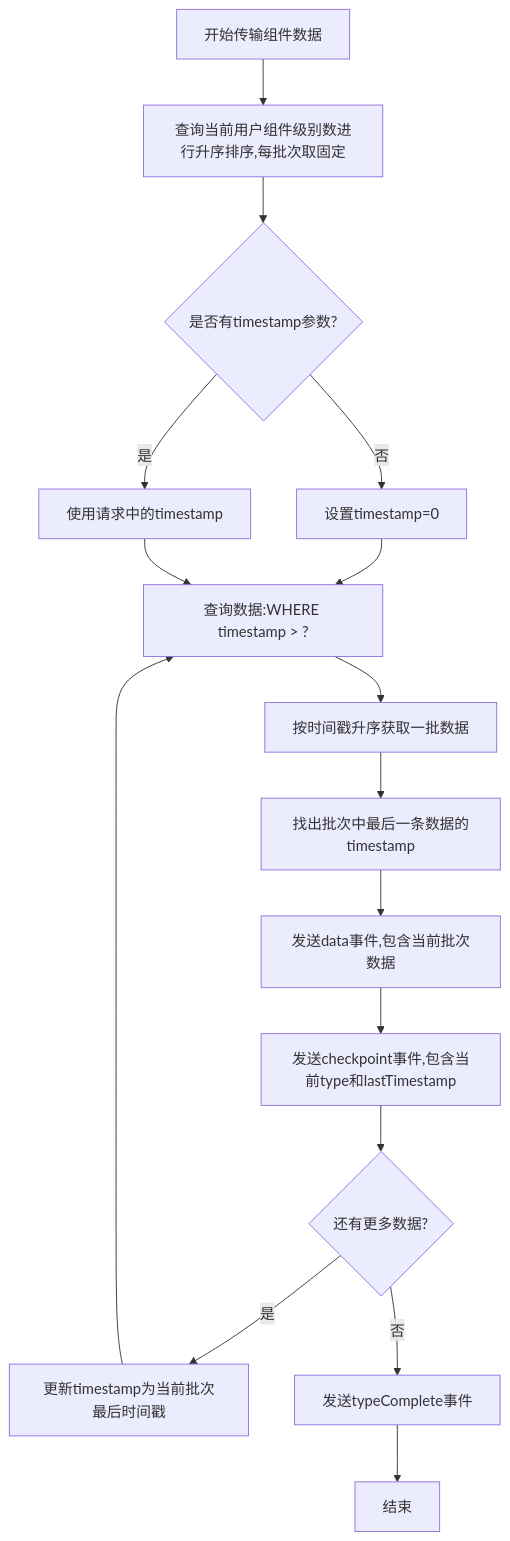
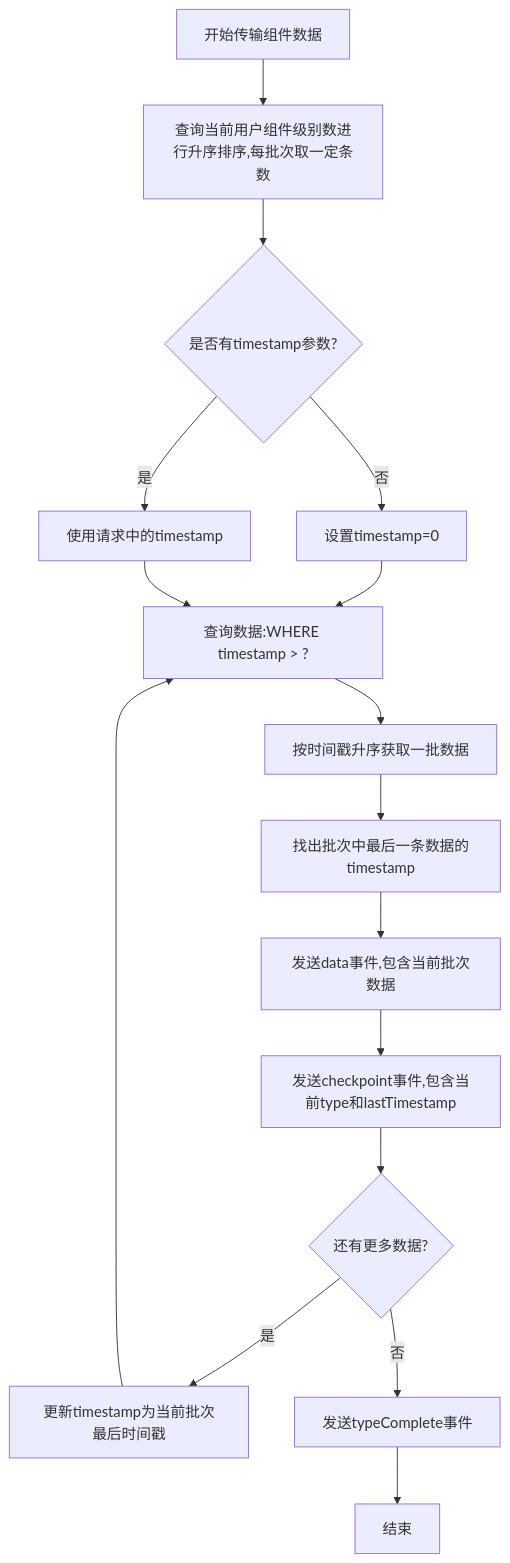
One commit to yingjianzh/iodraw-files changed the diagram in all/未命名-59.md. Above: the diagram before and after it, drawn with Mermaid.

Commit message:
2025-05-14 15:23:23 update

````diff
--- a/all/未命名-59.md
+++ b/all/未命名-59.md
@@ -1,24 +1,25 @@
 ```mermaid
 flowchart TD
-    A[开始传输组件数据] --> B[查询当前用户组件级别数进行升序排序,每批次取固定]
+    A[开始传输组件数据] --> B[查询当前用户组件级别数进行升序排序,每批次取一定条数]
+    
     
     B --> C{是否有timestamp参数?}
     C -->|否| D[设置timestamp=0]
     C -->|是| E[使用请求中的timestamp]
     
     D --> F[查询数据:WHERE timestamp > ?]
     E --> F
     
     F --> G[按时间戳升序获取一批数据]
     G --> H[找出批次中最后一条数据的timestamp]
     
     H --> I[发送data事件,包含当前批次数据]
     I --> J[发送checkpoint事件,包含当前type和lastTimestamp]
     
     J --> K{还有更多数据?}
     K -->|是| L[更新timestamp为当前批次最后时间戳]
     L --> F
     
     K -->|否| M[发送typeComplete事件]
     M --> N[结束]
 ```
````
